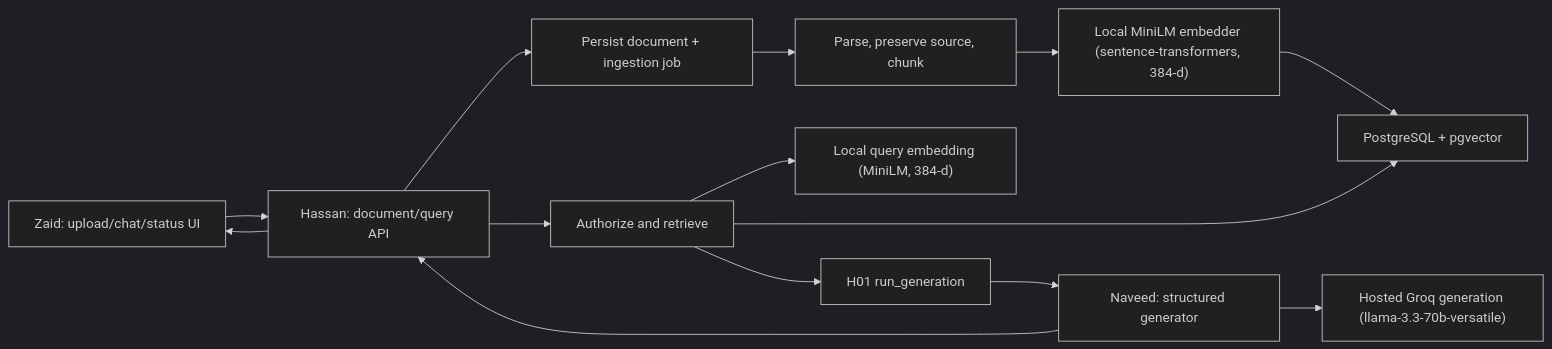
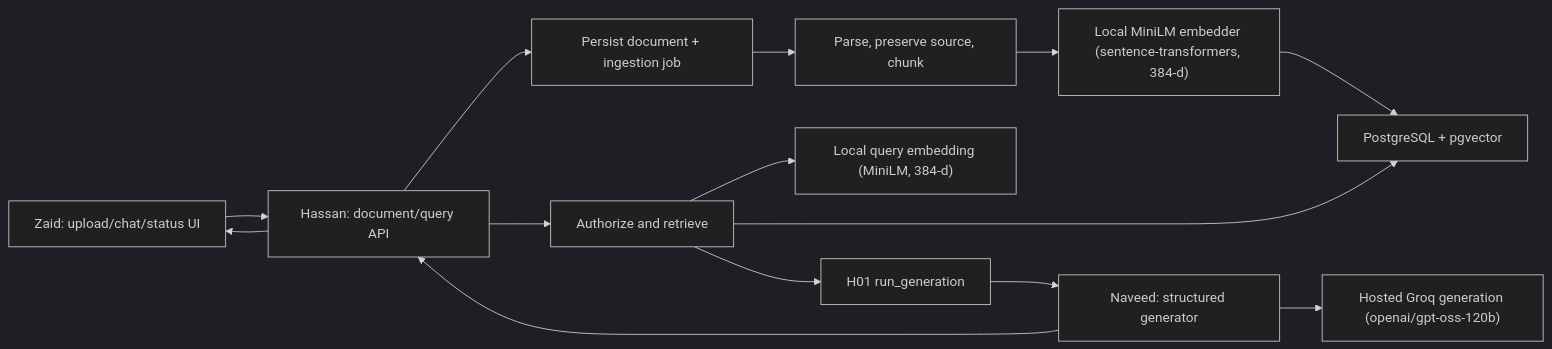
One commit to Hassan092-prog/KNEXUS changed the diagram in docs/ARCHITECTURE.md. Above: the diagram before and after it, drawn with Mermaid (dark theme). The commit also changed other lines of this file and 7 other files, not shown here.

Commit message:
docs: align Phase 1 demo generation model to openai/gpt-oss-120b

```diff
--- a/docs/ARCHITECTURE.md
+++ b/docs/ARCHITECTURE.md
@@ -24,16 +24,16 @@
 ~~~mermaid
 flowchart LR
     UI["Zaid: upload/chat/status UI"] --> API["Hassan: document/query API"]
     API --> JOB["Persist document + ingestion job"]
     JOB --> ING["Parse, preserve source, chunk"]
     ING --> EMB["Local MiniLM embedder (sentence-transformers, 384-d)"]
     EMB --> DB["PostgreSQL + pgvector"]
     API --> RET["Authorize and retrieve"]
     RET --> QEMB["Local query embedding (MiniLM, 384-d)"]
     RET --> DB
     RET --> BOUNDARY["H01 run_generation"]
     BOUNDARY --> GEN["Naveed: structured generator"]
-    GEN --> HOSTED["Hosted Groq generation (llama-3.3-70b-versatile)"]
+    GEN --> HOSTED["Hosted Groq generation (openai/gpt-oss-120b)"]
     GEN --> API
     API --> UI
 ~~~
```
